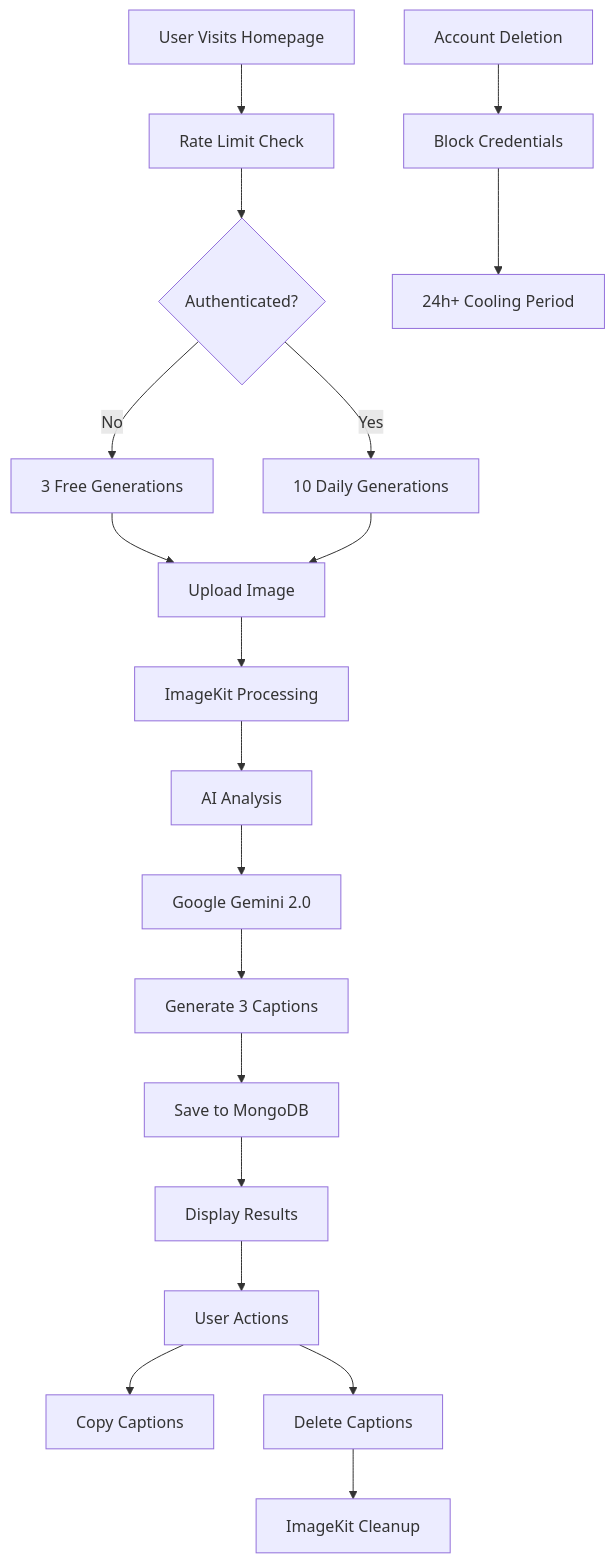
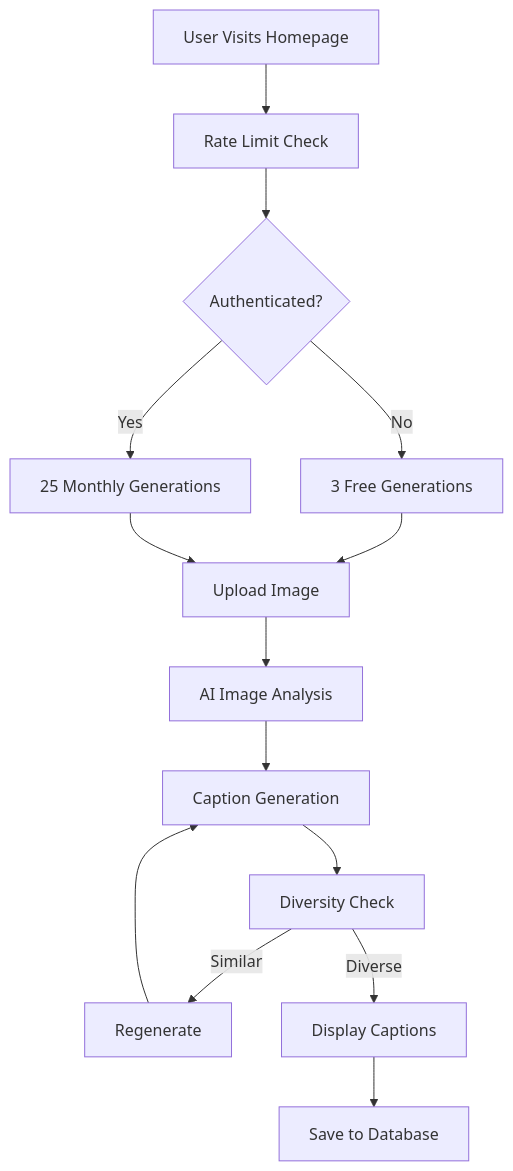
The first of 2 diagrams in README.md (AniketShinde02/Caption-Craft), drawn with Mermaid before and after one commit. The commit also changed other lines of this file and 36 other files, not shown here.

Commit message:
Enhanced the ai caption generation and fixing admin panel

````diff
--- a/README.md
+++ b/README.md
@@ -192,24 +253,17 @@
 ```mermaid
 graph TB
     A[User Visits Homepage] --> B[Rate Limit Check]
     B --> C{Authenticated?}
     C -->|No| D[3 Free Generations]
-    C -->|Yes| E[10 Daily Generations]
+    C -->|Yes| E[25 Monthly Generations]
     
     D --> F[Upload Image]
     E --> F
-    F --> G[ImageKit Processing]
-    G --> H[AI Analysis]
-    H --> I[Google Gemini 2.0]
-    I --> J[Generate 3 Captions]
-    J --> K[Save to MongoDB]
-    K --> L[Display Results]
-    
-    L --> M[User Actions]
-    M --> N[Copy Captions]
-    M --> O[Delete Captions]
-    O --> P[ImageKit Cleanup]
-    
-    Q[Account Deletion] --> R[Block Credentials]
-    R --> S[24h+ Cooling Period]
+    F --> G[AI Image Analysis]
+    G --> H[Caption Generation]
+    H --> I[Diversity Check]
+    I -->|Similar| J[Regenerate]
+    I -->|Diverse| K[Display Captions]
+    J --> H
+    K --> L[Save to Database]
 ```
````
